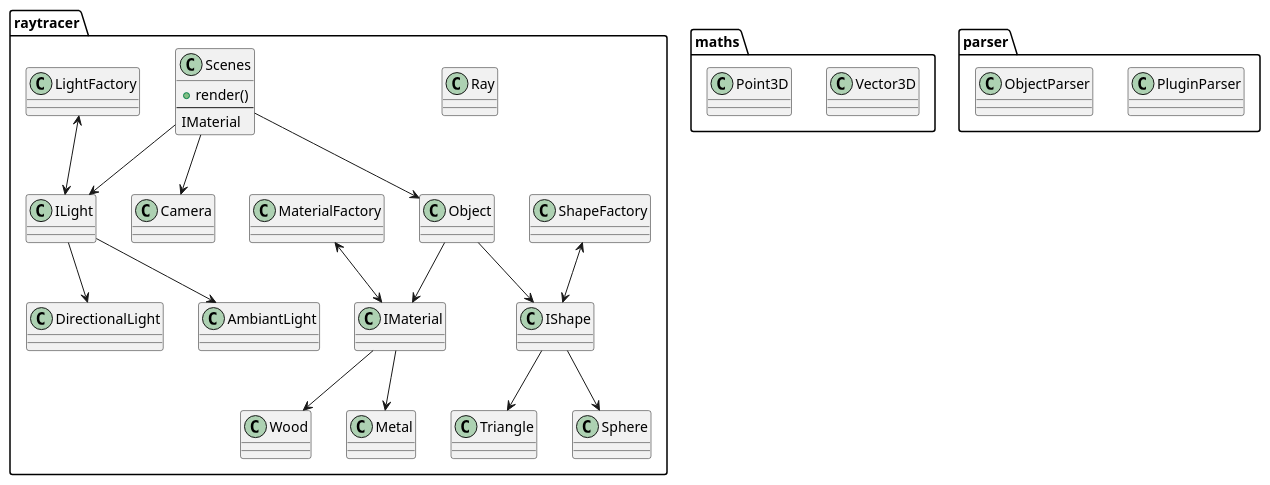
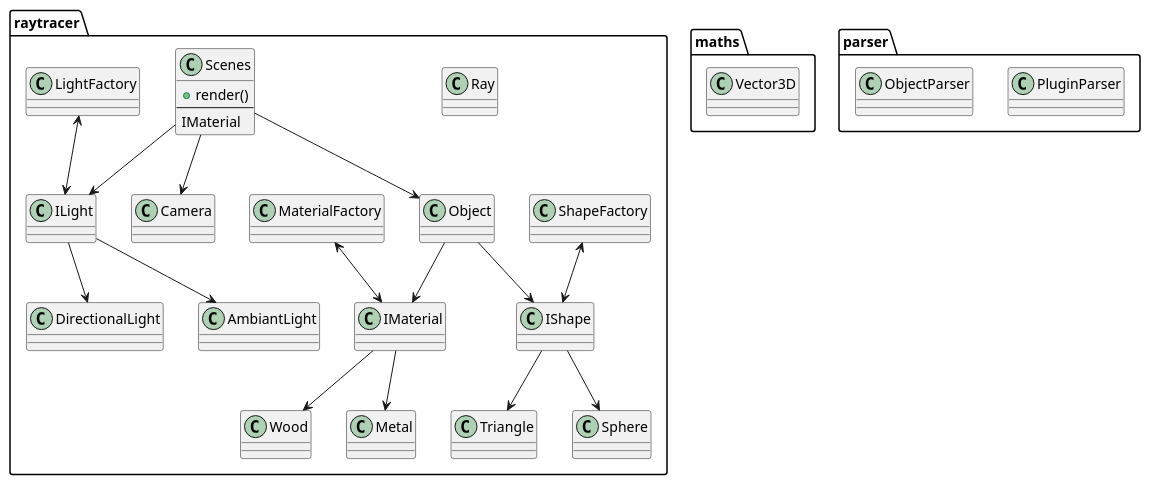
One commit to maelbecel/Raytracer changed the diagram in archi.puml. Above: the diagram before and after it, drawn with PlantUML. The commit also changed 32 other files, not shown here.

```diff
--- a/archi.puml
+++ b/archi.puml
@@ -1,60 +1,60 @@
 @startuml
 'https://plantuml.com/class-diagram
 
 namespace raytracer {
     class Ray
     class ShapeFactory
     class IShape
     class Triangle
     class Sphere
 
     ShapeFactory <--> IShape
     IShape --> Triangle
     IShape --> Sphere
 
     class ILight
     class LightFactory
     class AmbiantLight
     class DirectionalLight
 
     LightFactory <--> ILight
     ILight --> AmbiantLight
     ILight --> DirectionalLight
 
     class IMaterial
     class MaterialFactory
     class Wood
     class Metal
 
     MaterialFactory <--> IMaterial
     IMaterial --> Wood
     IMaterial --> Metal
 
     class Camera
     class Scenes {
         +render()
         --
         IMaterial
     }
 
     class Object
 
     Object --> IShape
     Object --> IMaterial
 
     Scenes --> Object
     Scenes --> Camera
     Scenes --> ILight
 }
 
 namespace maths {
     class Vector3D
-    class Point3D
+    class Vector3D
 }
 
 namespace parser {
     class PluginParser
     class ObjectParser
 }
 
 @endl
```
